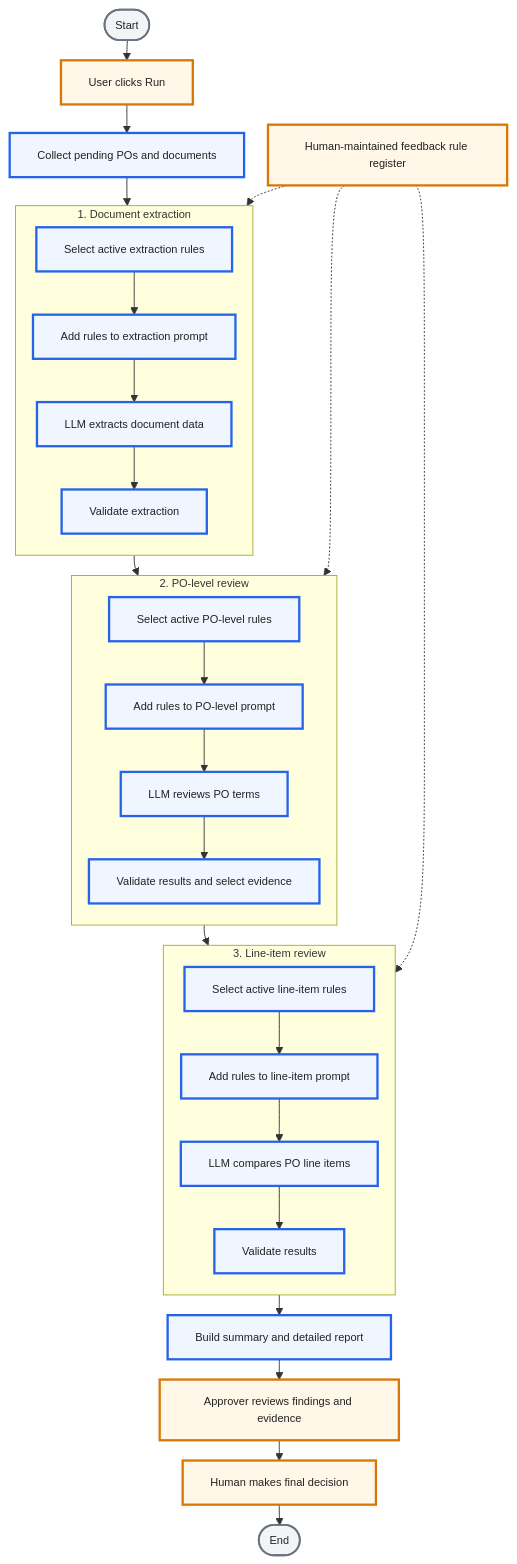
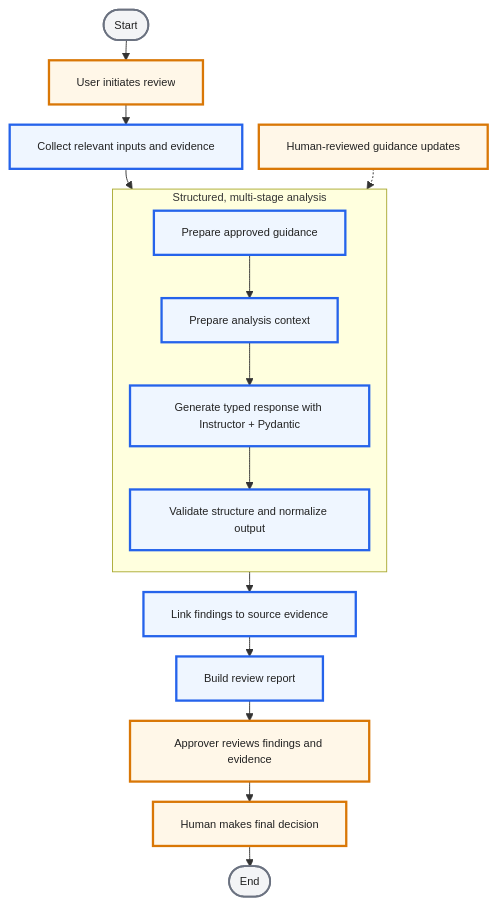
Before and after one commit to fangyiiwu/ai_assisted_procurement-_review_workflow: the second of 2 diagrams in README.md, drawn with Mermaid. The commit also changed other lines of this file, not shown here.

````diff
--- a/README.md
+++ b/README.md
@@ -59,46 +58,29 @@
 ```mermaid
 %%{init: {"flowchart": {"nodeSpacing": 18, "rankSpacing": 22, "diagramPadding": 4}, "themeVariables": {"fontSize": "12px"}}}%%
 flowchart TD
-    START([Start]) --> BEGIN[User clicks Run]
-    BEGIN --> COLLECT[Collect pending POs and documents]
+    START([Start]) --> BEGIN[User initiates review]
+    BEGIN --> COLLECT[Collect relevant inputs and evidence]
 
-    subgraph EXTRACTION["1. Document extraction"]
+    subgraph ANALYSIS["Structured, multi-stage analysis"]
         direction TB
-        EXT_RULES[Select active extraction rules] --> EXT_PROMPT[Add rules to extraction prompt]
-        EXT_PROMPT --> EXT_LLM[LLM extracts document data]
-        EXT_LLM --> EXT_VALIDATE[Validate extraction]
+        GUIDANCE[Prepare approved guidance] --> CONTEXT[Prepare analysis context]
+        CONTEXT --> LLM[Generate typed response with Instructor + Pydantic]
+        LLM --> VALIDATE[Validate structure and normalize output]
     end
-    COLLECT --> EXT_RULES
+    COLLECT --> GUIDANCE
 
-    subgraph DOC_AUDIT["2. PO-level review"]
-        direction TB
-        DOC_RULES[Select active PO-level rules] --> DOC_PROMPT[Add rules to PO-level prompt]
-        DOC_PROMPT --> DOC_LLM[LLM reviews PO terms]
-        DOC_LLM --> DOC_VALIDATE[Validate results and select evidence]
-    end
-    EXT_VALIDATE --> DOC_RULES
-
-    subgraph ITEM_AUDIT["3. Line-item review"]
-        direction TB
-        ITEM_RULES[Select active line-item rules] --> ITEM_PROMPT[Add rules to line-item prompt]
-        ITEM_PROMPT --> ITEM_LLM[LLM compares PO line items]
-        ITEM_LLM --> ITEM_VALIDATE[Validate results]
-    end
-    DOC_VALIDATE --> ITEM_RULES
-
-    ITEM_VALIDATE --> REPORT[Build summary and detailed report]
+    VALIDATE --> EVIDENCE[Link findings to source evidence]
+    EVIDENCE --> REPORT[Build review report]
     REPORT --> REVIEW[Approver reviews findings and evidence]
     REVIEW --> DECISION[Human makes final decision]
     DECISION --> FINISH([End])
 
-    FEEDBACK[Human-maintained feedback rule register] -.-> EXT_RULES
-    FEEDBACK -.-> DOC_RULES
-    FEEDBACK -.-> ITEM_RULES
+    FEEDBACK[Human-reviewed guidance updates] -.-> GUIDANCE
 
     classDef human fill:#FFF7E8,stroke:#D97706,stroke-width:2.5px,color:#222222
     classDef bot fill:#EFF6FF,stroke:#2563EB,stroke-width:2.5px,color:#222222
     classDef boundary fill:#F3F4F6,stroke:#6B7280,stroke-width:2px,color:#222222
     class BEGIN,REVIEW,DECISION,FEEDBACK human
-    class COLLECT,EXT_RULES,EXT_PROMPT,EXT_LLM,EXT_VALIDATE,DOC_RULES,DOC_PROMPT,DOC_LLM,DOC_VALIDATE,ITEM_RULES,ITEM_PROMPT,ITEM_LLM,ITEM_VALIDATE,REPORT bot
+    class COLLECT,GUIDANCE,CONTEXT,LLM,VALIDATE,EVIDENCE,REPORT bot
     class START,FINISH boundary
 ```
````
